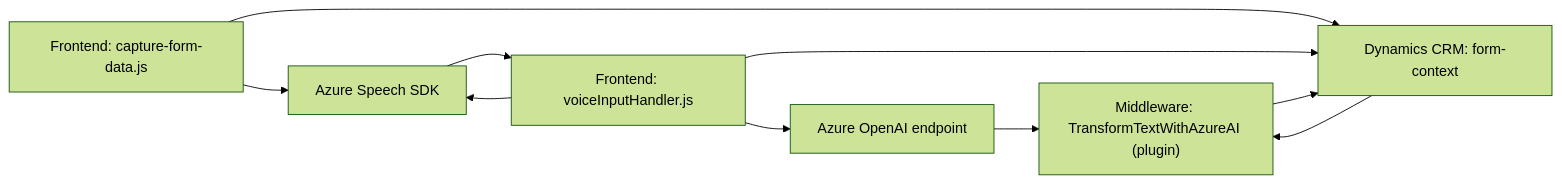
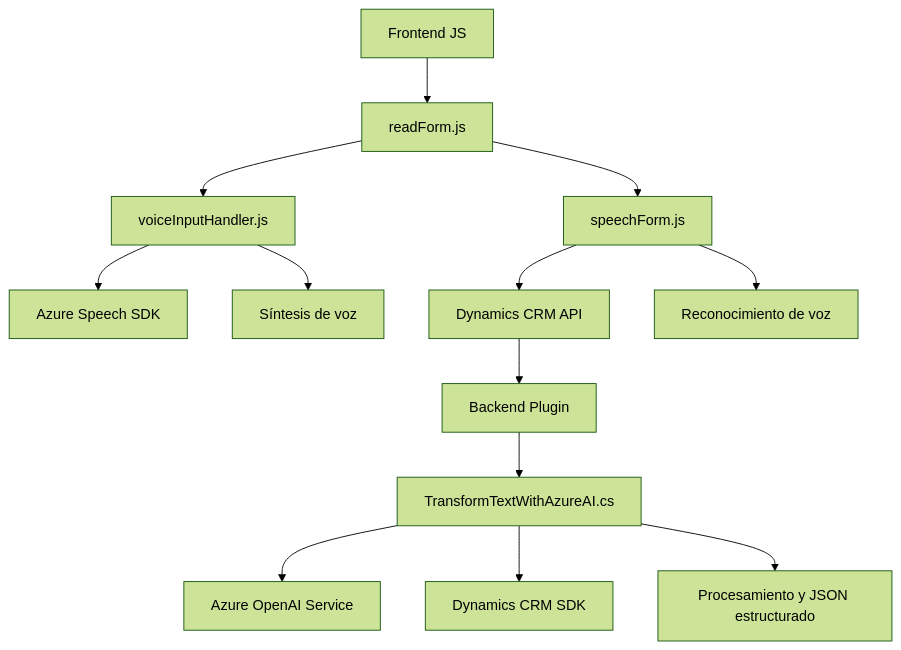
The diagram in README.md (blopezdm/NETCORE_BILBAO2025), drawn with Mermaid (forest theme) before and after one commit. The commit also changed other lines of this file, not shown here.

````diff
--- a/README.md
+++ b/README.md
@@ -35,19 +39,17 @@
 ```mermaid
-graph LR
-    A["Frontend: capture-form-data.js"]
-    B["Frontend: voiceInputHandler.js"]
-    C["Middleware: TransformTextWithAzureAI (plugin)"]
-    D["Azure Speech SDK"]
-    E["Azure OpenAI endpoint"]
-    F["Dynamics CRM: form-context"]
+graph TD
+    A["Frontend JS"] --> B["readForm.js"]
+    B --> C["voiceInputHandler.js"]
+    B --> D["speechForm.js"]
+    C --> E["Azure Speech SDK"]
+    D --> F["Dynamics CRM API"]
 
-    A --> D
-    B --> D
-    B --> E
-    A --> F
-    B --> F
-    E --> C
-    D --> B
-    F --> C
-    C --> F
+    F --> G["Backend Plugin"]
+    G --> H["TransformTextWithAzureAI.cs"]
+    H --> I["Azure OpenAI Service"]
+    H --> J["Dynamics CRM SDK"]
+
+    C --> K["Síntesis de voz"]
+    D --> L["Reconocimiento de voz"]
+    H --> M["Procesamiento y JSON estructurado"]
 ```
````
